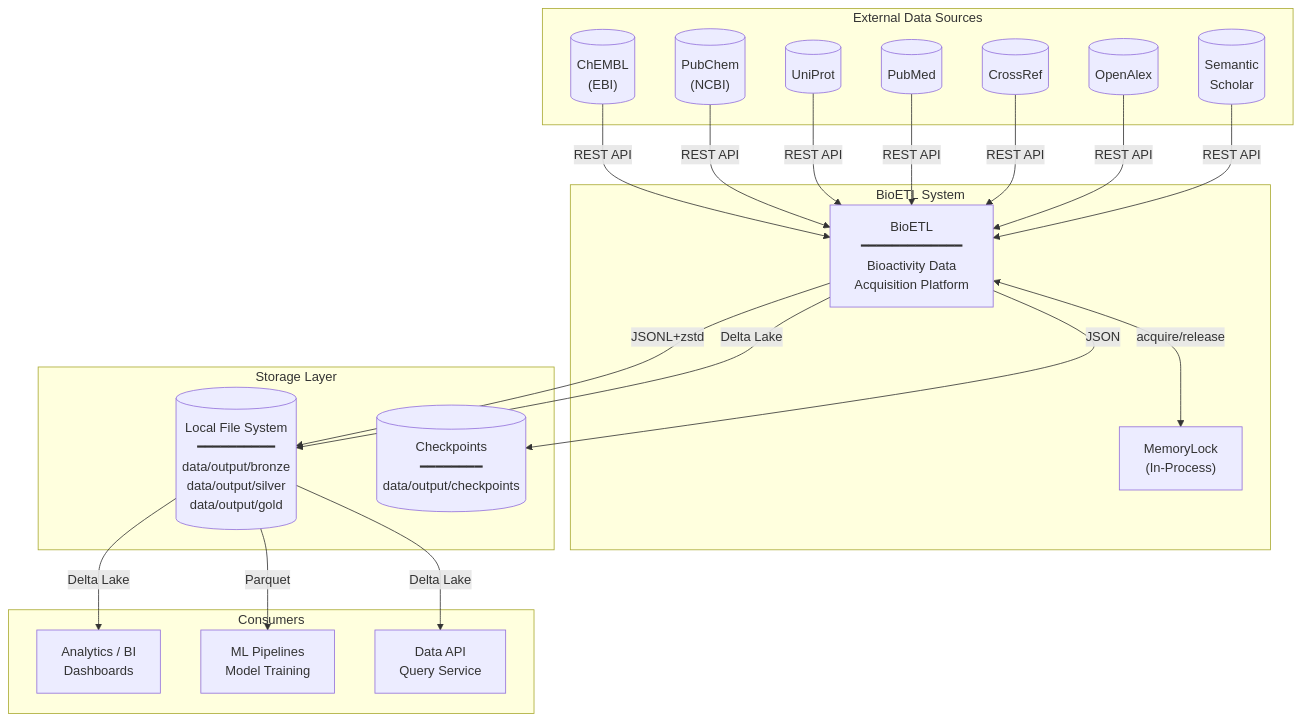
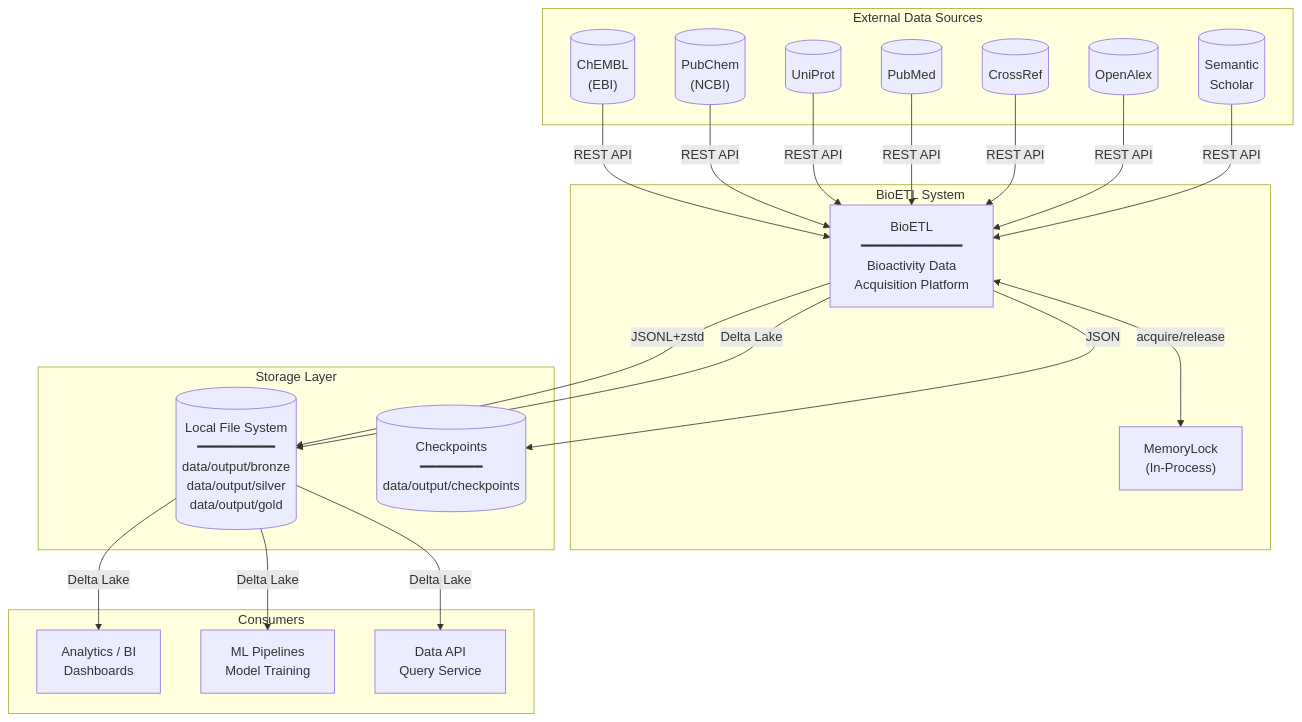
The diagram in docs/02-architecture/system-context.md (SatoryKono/BioactivityDataAcquisition), drawn with Mermaid before and after one commit. The commit also changed 17 other files, not shown here.

````diff
--- a/docs/02-architecture/system-context.md
+++ b/docs/02-architecture/system-context.md
@@ -30,50 +30,50 @@
 ```mermaid
 flowchart TB
     subgraph External Data Sources
         CHEMBL[("ChEMBL<br/>(EBI)")]
         PUBCHEM[("PubChem<br/>(NCBI)")]
         UNIPROT[("UniProt")]
         PUBMED[("PubMed")]
         CROSSREF[("CrossRef")]
         OPENALEX[("OpenAlex")]
         SEMSCHOLAR[("Semantic<br/>Scholar")]
     end
 
     subgraph BioETL System
         BIOETL["BioETL<br/>━━━━━━━━━━━━━<br/>Bioactivity Data<br/>Acquisition Platform"]
         LOCK["MemoryLock<br/>(In-Process)"]
     end
 
     subgraph Storage Layer
         FS[("Local File System<br/>━━━━━━━━━━<br/>data/output/bronze<br/>data/output/silver<br/>data/output/gold")]
         CP[("Checkpoints<br/>━━━━━━━━<br/>data/output/checkpoints")]
     end
 
     subgraph Consumers
         ANALYTICS["Analytics / BI<br/>Dashboards"]
         ML["ML Pipelines<br/>Model Training"]
         API["Data API<br/>Query Service"]
     end
 
     %% Data flow from sources
     CHEMBL -->|REST API| BIOETL
     PUBCHEM -->|REST API| BIOETL
     UNIPROT -->|REST API| BIOETL
     PUBMED -->|REST API| BIOETL
     CROSSREF -->|REST API| BIOETL
     OPENALEX -->|REST API| BIOETL
     SEMSCHOLAR -->|REST API| BIOETL
 
     %% Internal locking
     BIOETL <-->|acquire/release| LOCK
 
     %% BioETL to storage
     BIOETL -->|JSONL+zstd| FS
     BIOETL -->|Delta Lake| FS
     BIOETL -->|JSON| CP
 
     %% Storage to consumers
     FS -->|Delta Lake| ANALYTICS
-    FS -->|Parquet| ML
+    FS -->|Delta Lake| ML
     FS -->|Delta Lake| API
 ```
````
